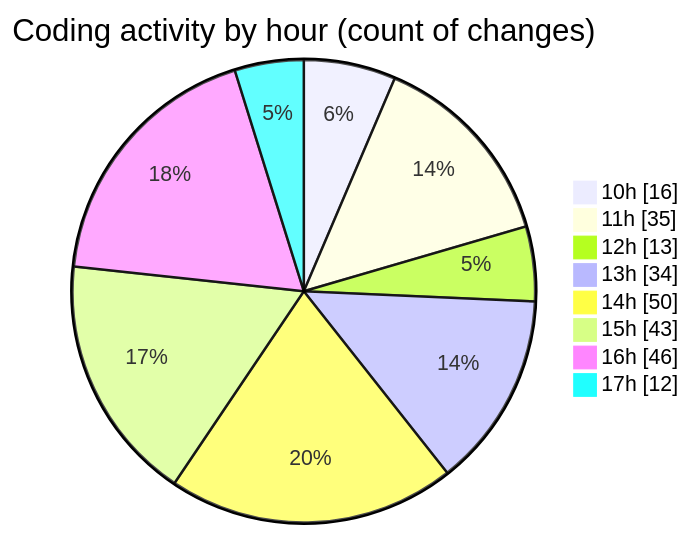
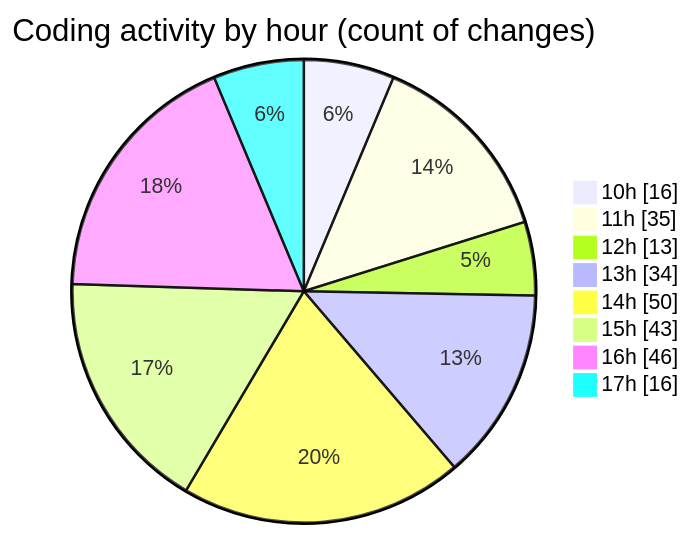
Before and after one commit to charlie-sans/code-tracking: the second of 2 diagrams in 2025-02-20/micros/README.md, drawn with Mermaid. The commit also changed other lines of this file and 1 other file, not shown here.

````diff
--- a/2025-02-20/micros/README.md
+++ b/2025-02-20/micros/README.md
@@ -69,12 +70,12 @@
 ```mermaid
 pie showData
 title Coding activity by hour (count of changes)
 "10h" : 16
 "11h" : 35
 "12h" : 13
 "13h" : 34
 "14h" : 50
 "15h" : 43
 "16h" : 46
-"17h" : 12
+"17h" : 16
 ```
````
